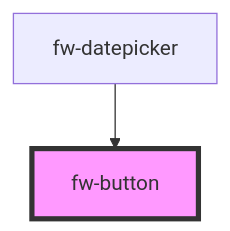
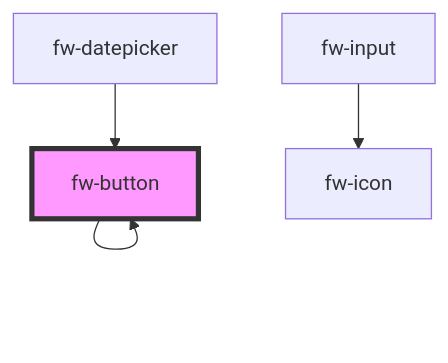
Before and after one commit to freshworks/crayons: the diagram in src/components/button/readme.md, drawn with Mermaid. The commit also changed other lines of this file and 13 other files, not shown here.

````diff
--- a/src/components/button/readme.md
+++ b/src/components/button/readme.md
@@ -72,5 +98,7 @@
 ```mermaid
 graph TD;
+  fw-button --> fw-button
+  fw-input --> fw-icon
   fw-datepicker --> fw-button
   style fw-button fill:#f9f,stroke:#333,stroke-width:4px
 ```
````
